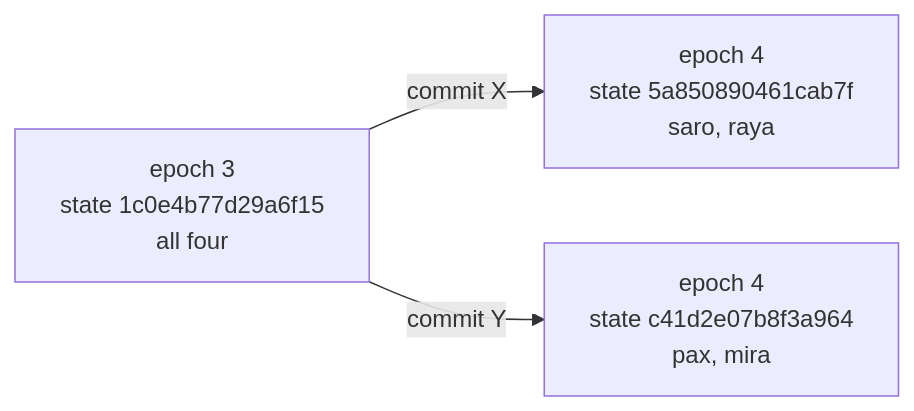
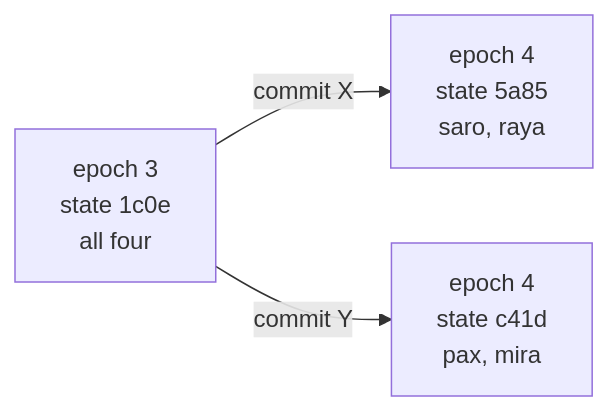
One commit to logos-messaging/chat-sim changed the first of 2 diagrams in guide/src/content/docs/understand/how-a-run-works.md. Above: the diagram before and after it, drawn with Mermaid. The commit also changed other lines of this file and 10 other files, not shown here.

````diff
--- a/guide/src/content/docs/understand/how-a-run-works.md
+++ b/guide/src/content/docs/understand/how-a-run-works.md
@@ -47,5 +31,5 @@
 ```mermaid
 flowchart LR
-    e3["epoch 3<br/>state 1c0e4b77d29a6f15<br/>all four"] -->|"commit X"| a4["epoch 4<br/>state 5a850890461cab7f<br/>saro, raya"]
-    e3 -->|"commit Y"| b4["epoch 4<br/>state c41d2e07b8f3a964<br/>pax, mira"]
+    e3["epoch 3<br/>state 1c0e<br/>all four"] -->|"commit X"| a4["epoch 4<br/>state 5a85<br/>saro, raya"]
+    e3 -->|"commit Y"| b4["epoch 4<br/>state c41d<br/>pax, mira"]
 ```
````
